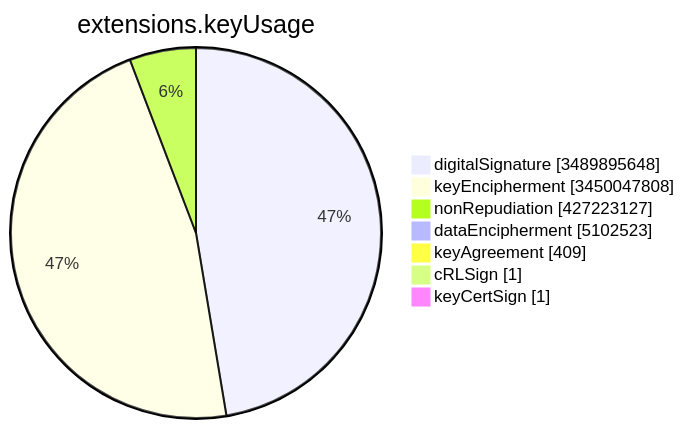
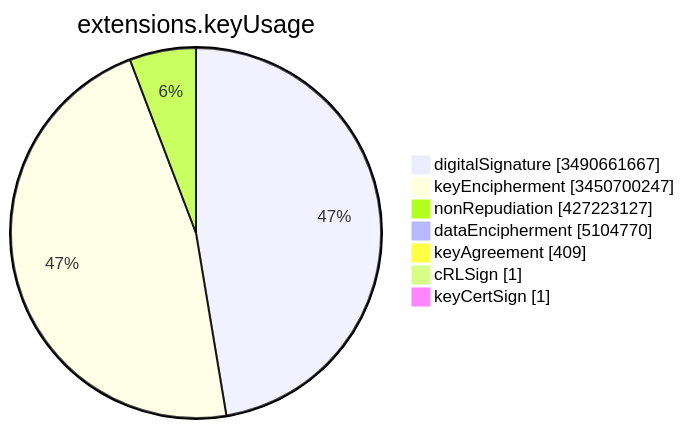
The sixth of 15 diagrams in TOTAL/README.md (christiankrug/ctmonitor_visualization), drawn with Mermaid before and after one commit. The commit also changed other lines of this file, not shown here.

````diff
--- a/TOTAL/README.md
+++ b/TOTAL/README.md
@@ -3083,11 +3083,11 @@
 ```mermaid
 pie showData
 title extensions.keyUsage
-"digitalSignature" :3489895648
-"keyEncipherment" :3450047808
+"digitalSignature" :3490661667
+"keyEncipherment" :3450700247
 "nonRepudiation" :427223127
-"dataEncipherment" :5102523
+"dataEncipherment" :5104770
 "keyAgreement" :409
 "cRLSign" :1
 "keyCertSign" :1
 ```
````
